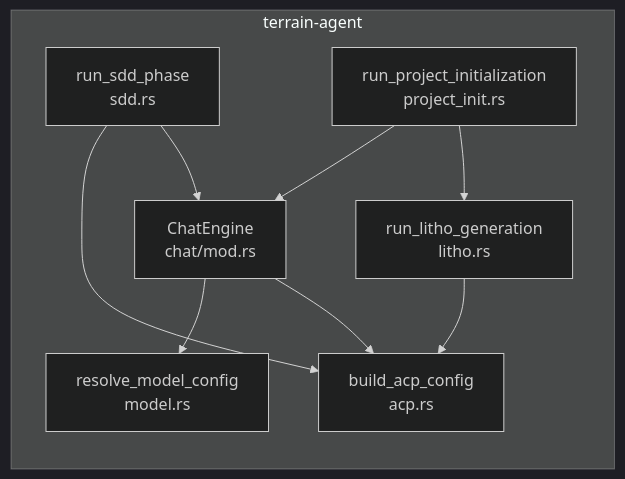
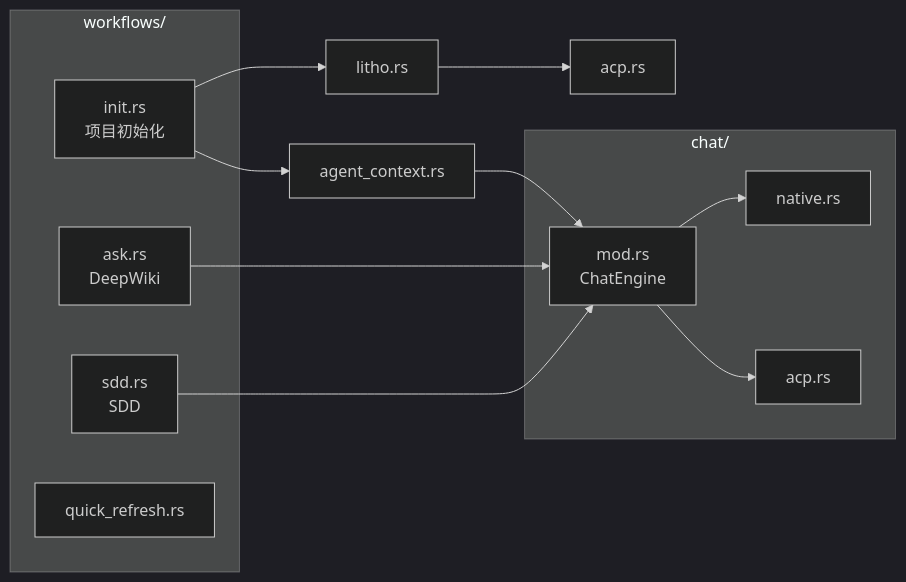
The third of 6 diagrams in .terrain/human/2.架构.md (sopaco/terrain), drawn with Mermaid (dark theme) before and after one commit. The commit also changed other lines of this file and 79 other files, not shown here.

````diff
--- a/.terrain/human/2.架构.md
+++ b/.terrain/human/2.架构.md
@@ -171,19 +110,24 @@
 ```mermaid
 graph LR
-    subgraph agentOrch["terrain-agent"]
-        CE["ChatEngine<br/>chat/mod.rs"]
-        Litho["run_litho_generation<br/>litho.rs"]
-        SDD["run_sdd_phase<br/>sdd.rs"]
-        Init["run_project_initialization<br/>project_init.rs"]
-        ACP["build_acp_config<br/>acp.rs"]
-        Model["resolve_model_config<br/>model.rs"]
+    subgraph workflows["workflows/"]
+        Init["init.rs<br/>项目初始化"]
+        Ask["ask.rs<br/>DeepWiki"]
+        Sdd["sdd.rs<br/>SDD"]
+        Refresh["quick_refresh.rs"]
     end
-
-  CE --> ACP
-    CE --> Model
-    Litho --> ACP
-    SDD --> CE
-    SDD --> ACP
+    
+    subgraph chat["chat/"]
+        Engine["mod.rs<br/>ChatEngine"]
+        Native["native.rs"]
+        AcpChat["acp.rs"]
+    end
+    
+    Litho["litho.rs"] --> AcpExt["acp.rs"]
+    Context["agent_context.rs"] --> Engine
+    Ask --> Engine
+    Sdd --> Engine
     Init --> Litho
-    Init --> CE
+    Init --> Context
+    Engine --> Native
+    Engine --> AcpChat
 ```
````
